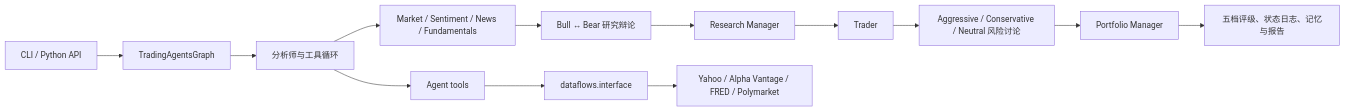
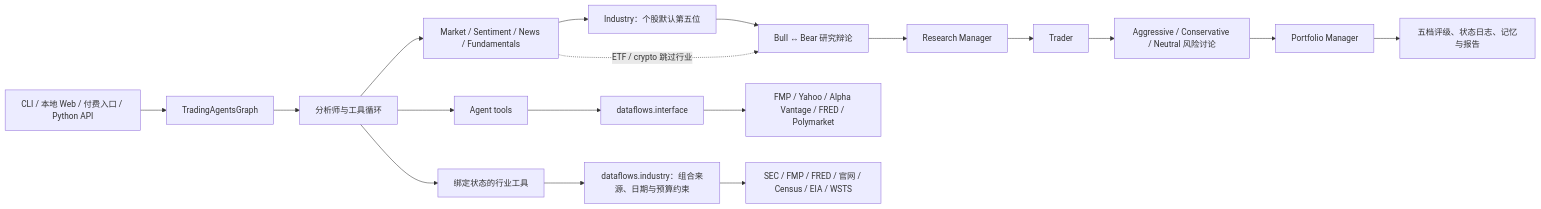
The diagram in docs/UA_ONBOARDING.md (Kalmanson/TradingAgents), drawn with Mermaid before and after one commit. The commit also changed other lines of this file and 59 other files, not shown here.

````diff
--- a/docs/UA_ONBOARDING.md
+++ b/docs/UA_ONBOARDING.md
@@ -23,16 +23,21 @@
 ```mermaid
 flowchart LR
-    A["CLI / Python API"] --> B["TradingAgentsGraph"]
+    A["CLI / 本地 Web / 付费入口 / Python API"] --> B["TradingAgentsGraph"]
     B --> C["分析师与工具循环"]
     C --> D["Market / Sentiment / News / Fundamentals"]
-    D --> E["Bull ↔ Bear 研究辩论"]
+    D --> IND["Industry：个股默认第五位"]
+    IND --> E["Bull ↔ Bear 研究辩论"]
+    D -.->|ETF / crypto 跳过行业| E
     E --> F["Research Manager"]
     F --> G["Trader"]
     G --> H["Aggressive / Conservative / Neutral 风险讨论"]
     H --> I["Portfolio Manager"]
     I --> J["五档评级、状态日志、记忆与报告"]
 
     C --> K["Agent tools"]
     K --> L["dataflows.interface"]
-    L --> M["Yahoo / Alpha Vantage / FRED / Polymarket"]
+    L --> M["FMP / Yahoo / Alpha Vantage / FRED / Polymarket"]
+    C --> IT["绑定状态的行业工具"]
+    IT --> IE["dataflows.industry：组合来源、日期与预算约束"]
+    IE --> IS["SEC / FMP / FRED / 官网 / Census / EIA / WSTS"]
 ```
````
